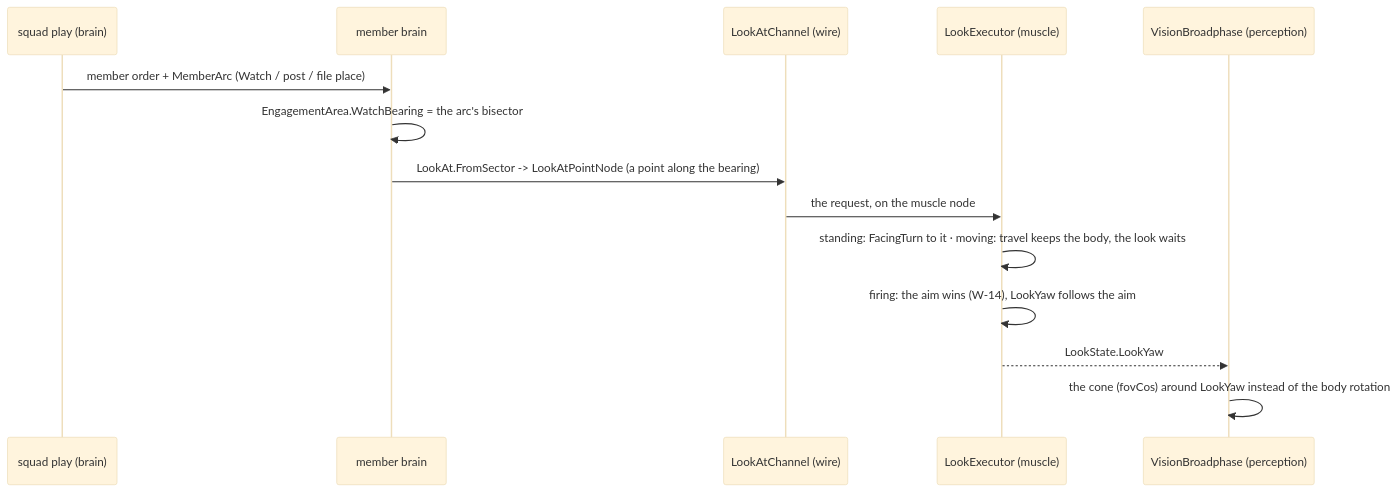
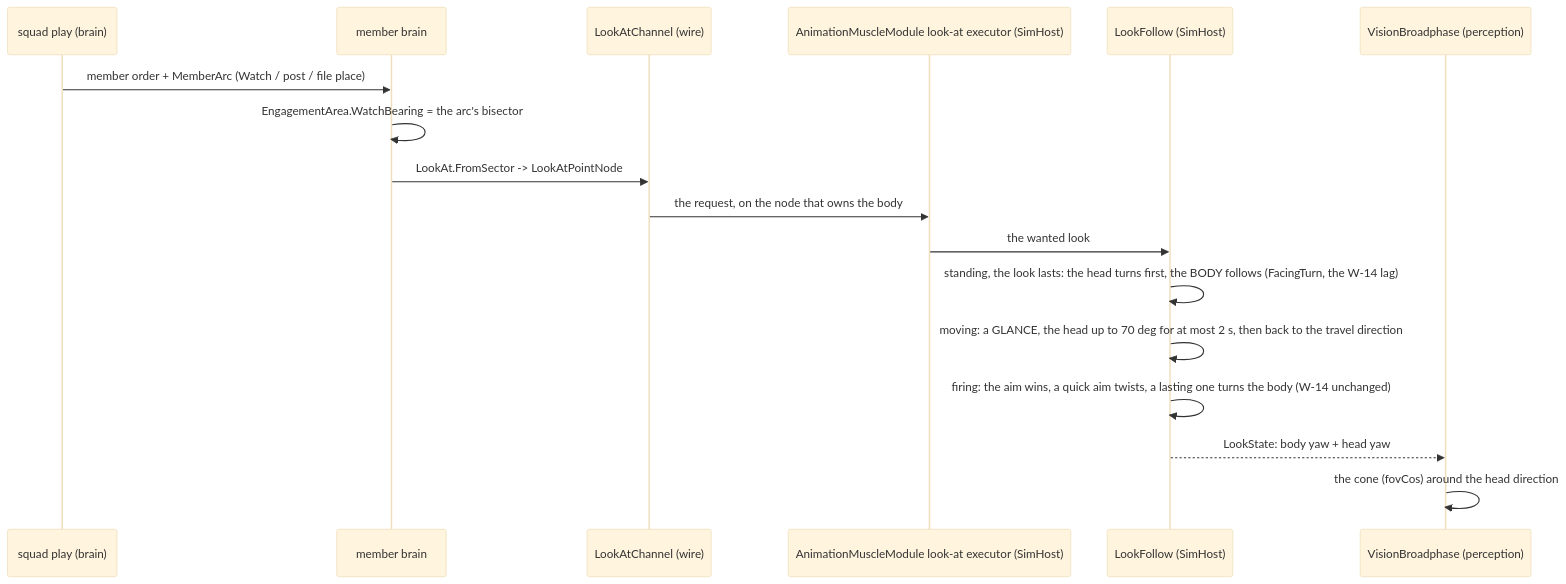
Before and after one commit to pjanec/HROT: the second of 3 diagrams in docs/designs/look-direction/DESIGN_Look_Direction_And_FOV.md, drawn with Mermaid (base theme). The commit also changed other lines of this file and 3 other files, not shown here.

First line of the commit message:
docs(look-direction): LD-A..LD-D ruled (R-2049) - the head only glances, the body follows

````diff
--- a/docs/designs/look-direction/DESIGN_Look_Direction_And_FOV.md
+++ b/docs/designs/look-direction/DESIGN_Look_Direction_And_FOV.md
@@ -132,16 +142,19 @@
 ```mermaid
 sequenceDiagram
   participant SQ as squad play (brain)
   participant M as member brain
   participant CH as LookAtChannel (wire)
-  participant EX as LookExecutor (muscle)
+  participant EX as AnimationMuscleModule look-at executor (SimHost)
+  participant LF as LookFollow (SimHost)
   participant V as VisionBroadphase (perception)
   SQ->>M: member order + MemberArc (Watch / post / file place)
   M->>M: EngagementArea.WatchBearing = the arc's bisector
-  M->>CH: LookAt.FromSector -> LookAtPointNode (a point along the bearing)
-  CH->>EX: the request, on the muscle node
-  EX->>EX: standing: FacingTurn to it · moving: travel keeps the body, the look waits
-  EX->>EX: firing: the aim wins (W-14), LookYaw follows the aim
-  EX-->>V: LookState.LookYaw
-  V->>V: the cone (fovCos) around LookYaw instead of the body rotation
+  M->>CH: LookAt.FromSector -> LookAtPointNode
+  CH->>EX: the request, on the node that owns the body
+  EX->>LF: the wanted look
+  LF->>LF: standing, the look lasts: the head turns first, the BODY follows (FacingTurn, the W-14 lag)
+  LF->>LF: moving: a GLANCE, the head up to 70 deg for at most 2 s, then back to the travel direction
+  LF->>LF: firing: the aim wins, a quick aim twists, a lasting one turns the body (W-14 unchanged)
+  LF-->>V: LookState: body yaw + head yaw
+  V->>V: the cone (fovCos) around the head direction
 ```
````
